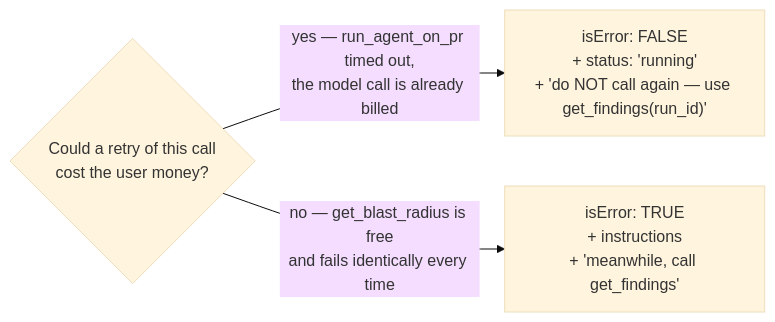
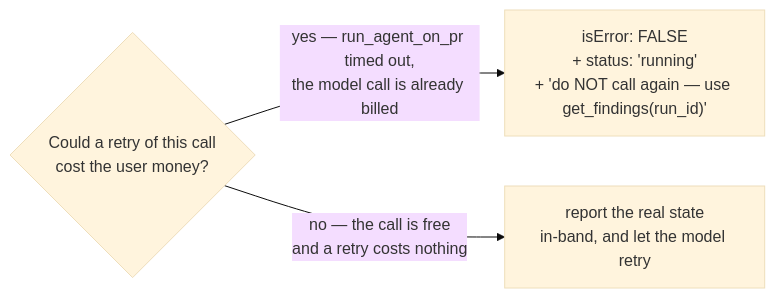
One commit to fanatishe/dev-digest changed the second of 3 diagrams in mcp/docs/design.md. Above: the diagram before and after it, drawn with Mermaid (base theme). The commit also changed other lines of this file and 70 other files, not shown here.

````diff
--- a/mcp/docs/design.md
+++ b/mcp/docs/design.md
@@ -121,6 +120,6 @@
 ```mermaid
 flowchart LR
   Q{"Could a retry of this call<br/>cost the user money?"}
   Q -- "yes — run_agent_on_pr timed out,<br/>the model call is already billed" --> F["isError: FALSE<br/>+ status: 'running'<br/>+ 'do NOT call again — use get_findings(run_id)'"]
-  Q -- "no — get_blast_radius is free<br/>and fails identically every time" --> T["isError: TRUE<br/>+ instructions<br/>+ 'meanwhile, call get_findings'"]
+  Q -- "no — the call is free<br/>and a retry costs nothing" --> T["report the real state<br/>in-band, and let the model retry"]
 ```
````
